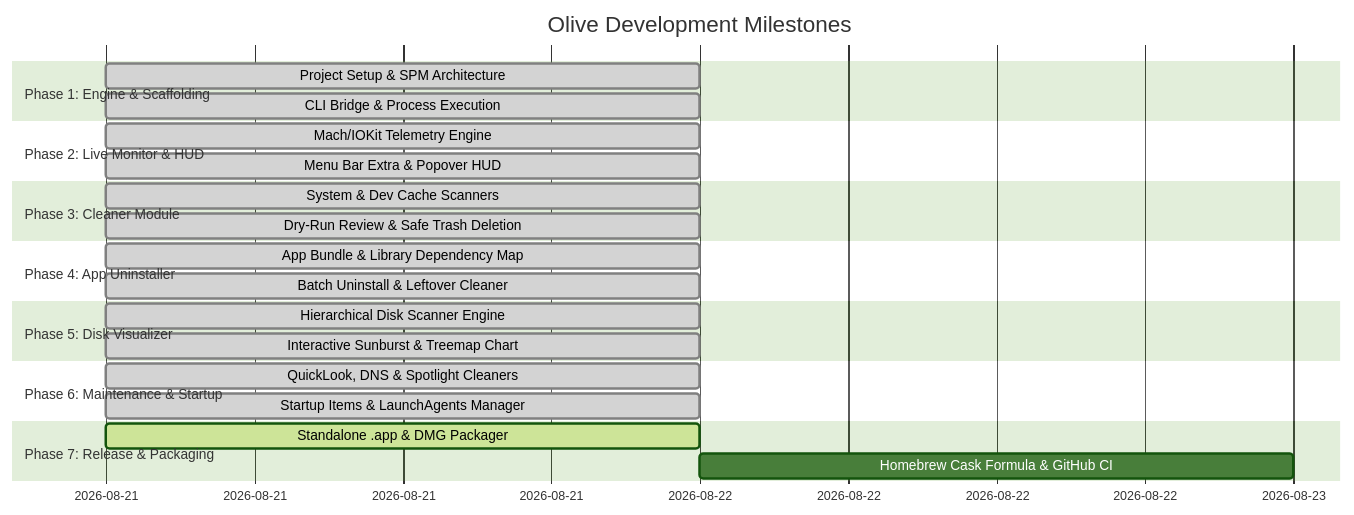
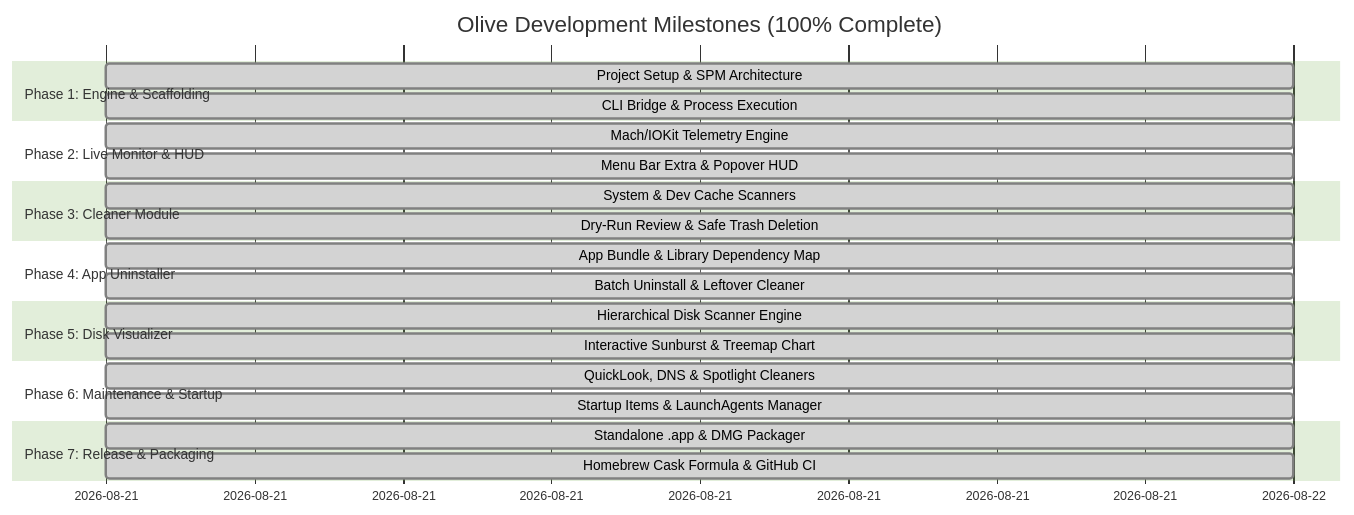
Before and after one commit to Voltster/Olive: the diagram in ROADMAP.md, drawn with Mermaid (forest theme). The commit also changed other lines of this file and 4 other files, not shown here.

Commit message:
Complete Milestone 7: Standalone Olive.app bundle, Olive.dmg installer, AppIcon generator, Homebrew Cask, and GitHub CI workflow

````diff
--- a/ROADMAP.md
+++ b/ROADMAP.md
@@ -8,26 +8,26 @@
 ```mermaid
 gantt
-    title Olive Development Milestones
+    title Olive Development Milestones (100% Complete)
     dateFormat  YYYY-MM-DD
     section Phase 1: Engine & Scaffolding
     Project Setup & SPM Architecture     :done, p1_1, 2026-08-21, 1d
     CLI Bridge & Process Execution        :done, p1_2, 2026-08-21, 1d
     section Phase 2: Live Monitor & HUD
     Mach/IOKit Telemetry Engine          :done, p2_1, 2026-08-21, 1d
     Menu Bar Extra & Popover HUD         :done, p2_2, 2026-08-21, 1d
     section Phase 3: Cleaner Module
     System & Dev Cache Scanners          :done, p3_1, 2026-08-21, 1d
     Dry-Run Review & Safe Trash Deletion :done, p3_2, 2026-08-21, 1d
     section Phase 4: App Uninstaller
     App Bundle & Library Dependency Map  :done, p4_1, 2026-08-21, 1d
     Batch Uninstall & Leftover Cleaner   :done, p4_2, 2026-08-21, 1d
     section Phase 5: Disk Visualizer
     Hierarchical Disk Scanner Engine     :done, p5_1, 2026-08-21, 1d
     Interactive Sunburst & Treemap Chart :done, p5_2, 2026-08-21, 1d
     section Phase 6: Maintenance & Startup
     QuickLook, DNS & Spotlight Cleaners  :done, p6_1, 2026-08-21, 1d
     Startup Items & LaunchAgents Manager :done, p6_2, 2026-08-21, 1d
     section Phase 7: Release & Packaging
-    Standalone .app & DMG Packager       :active, p7_1, 2026-08-21, 1d
-    Homebrew Cask Formula & GitHub CI    :p7_2, after p7_1, 1d
+    Standalone .app & DMG Packager       :done, p7_1, 2026-08-21, 1d
+    Homebrew Cask Formula & GitHub CI    :done, p7_2, 2026-08-21, 1d
 ```
````
